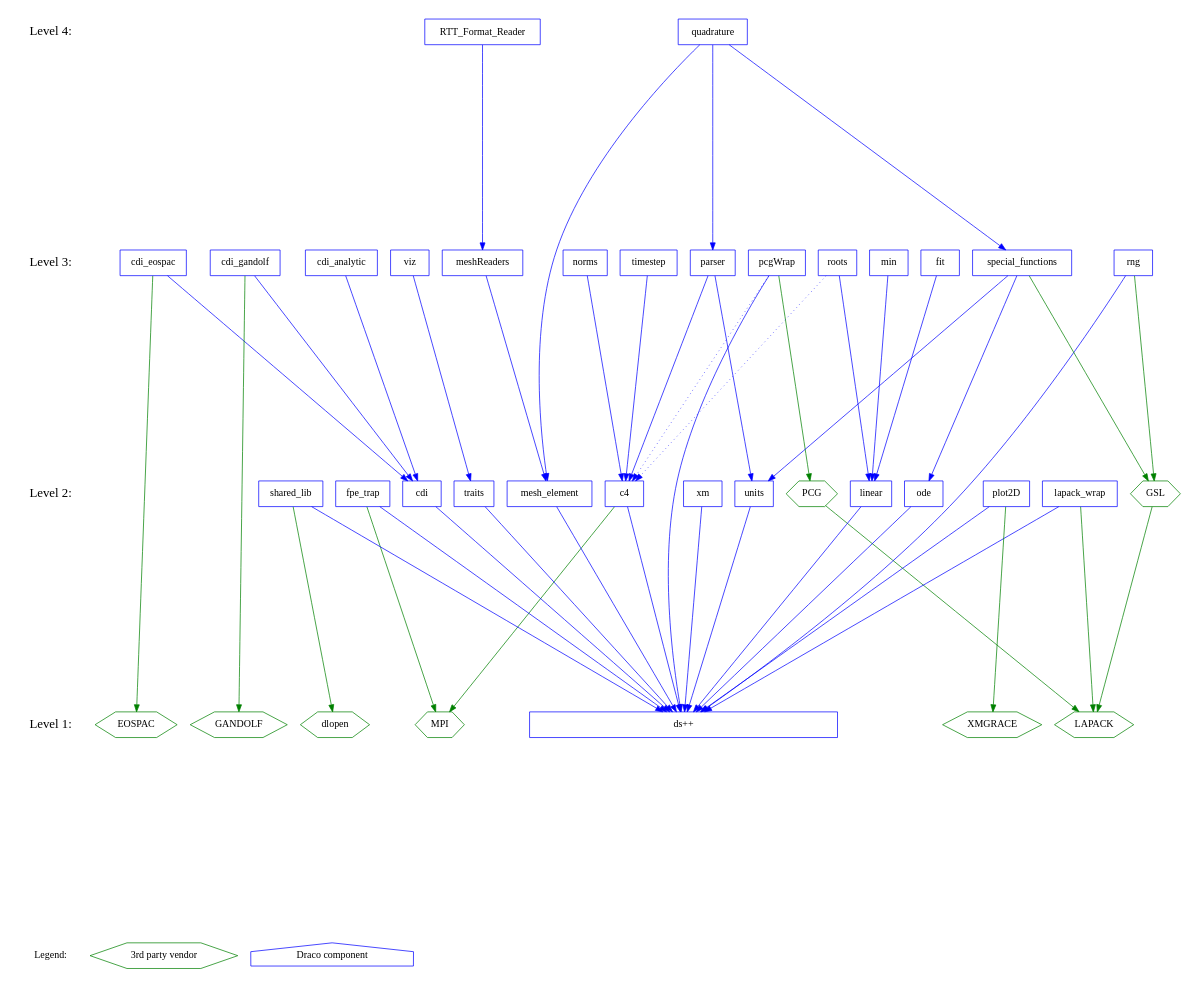
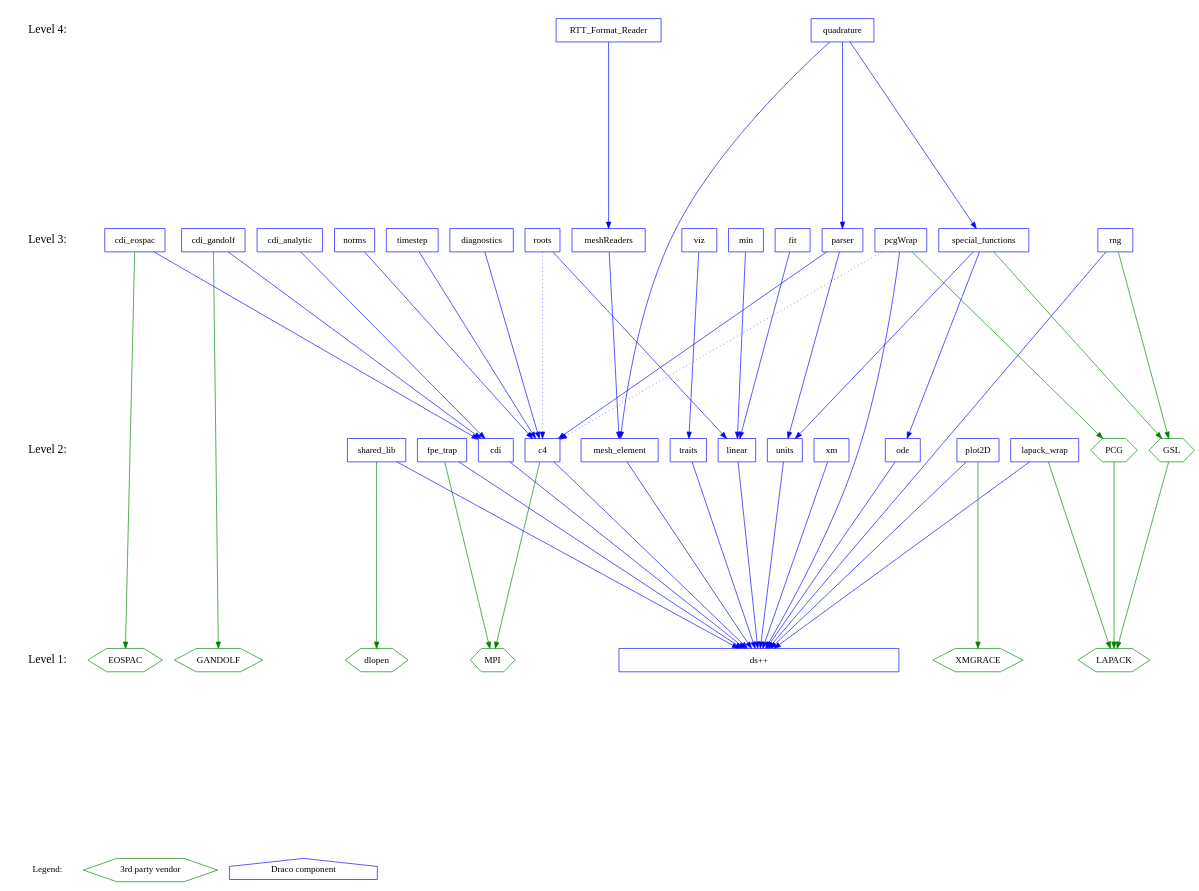
The diagram in doc/design/level.dot (losalamos/Draco), drawn with Graphviz before and after one commit. The commit also changed 20 other files, not shown here.

```diff
--- a/doc/design/level.dot
+++ b/doc/design/level.dot
@@ -1,134 +1,136 @@
 digraph draco_level {
     /* graph attributes */
     center=1;
     size="7.5,10";
     ranksep=4;
     
     /* levels */
     legend [shape=plaintext, label="Legend:", fontsize=14];
     level1 [shape=plaintext, label="Level 1:", fontsize=18];
     level2 [shape=plaintext, label="Level 2:", fontsize=18];
     level3 [shape=plaintext, label="Level 3:", fontsize=18];
     level4 [shape=plaintext, label="Level 4:", fontsize=18];
 /*     level5 [shape=plaintext, label="Level 5:", fontsize=18]; */
 /*    level6 [shape=plaintext, label="Level 6:", fontsize=18]; */
     
     /* level6 -> level5 -> */
     level4 -> level3 -> level2 -> level1 -> legend [style=invis];
     
     /* packages */
 
     /* legend */
     leg_vendor [shape=box, label="3rd party vendor", color=green, shape=hexagon];
     leg_draco  [shape=box, label="Draco component",  color=blue,  shape=house ];
 
     /* level 1 */
     vdlopen    [shape=hexagon, color=green, label="dlopen"];
     veospac    [shape=hexagon, color=green, label="EOSPAC"];
     vgandolf   [shape=hexagon, color=green, label="GANDOLF"];
     vgrace     [shape=hexagon, color=green, label="XMGRACE"];
     vlapack    [shape=hexagon, color=green, label="LAPACK"];
     vmpi       [shape=hexagon, color=green, label="MPI"];
         
     dsxx [shape=box, color=blue, label="ds++", width=6];
     
     /* level 2 */
     vgsl       [shape=hexagon, color=green, label="GSL"];
     vpcg       [shape=hexagon, color=green, label="PCG"];
 
     c4         [shape=box, color=blue, label="c4"];
     cdi        [shape=box, color=blue, label="cdi"];
     fpetrap    [shape=box, color=blue, label="fpe_trap"];
     lapack     [shape=box, color=blue, label="lapack_wrap"];
     linear     [shape=box, color=blue, label="linear"];
     meshelement [shape=box, color=blue, label="mesh_element"];
     ode        [shape=box, color=blue, label="ode"];
     plot       [shape=box, color=blue, label="plot2D"];
     rng        [shape=box, color=blue, label="rng"];
     shlib      [shape=box, color=blue, label="shared_lib"];
     traits     [shape=box, color=blue, label="traits"];
     units      [shape=box, color=blue, label="units"];
     xm         [shape=box, color=blue, label="xm"];
         
     /* level 3 */
     cdianal   [shape=box, color=blue, label="cdi_analytic"];
     cdieos    [shape=box, color=blue, label="cdi_eospac"];
     cdigan    [shape=box, color=blue, label="cdi_gandolf"];
+    diagnostics [shape=box, color=blue, label="diagnostics"];
     fit       [shape=box, color=blue, label="fit"];
     meshread  [shape=box, color=blue, label="meshReaders"];
     min       [shape=box, color=blue, label="min"];
     norms     [shape=box, color=blue, label="norms"];
     parser    [shape=box, color=blue, label="parser"];
     pcg       [shape=box, color=blue, label="pcgWrap"];
     roots     [shape=box, color=blue, label="roots"];
     sf        [shape=box, color=blue, label="special_functions"];
     timestep  [shape=box, color=blue, label="timestep"];
     viz       [shape=box, color=blue, label="viz"];
     
     /* level 4 */
     quad      [shape=box, color=blue, label="quadrature"];
     rttread   [shape=box, color=blue, label="RTT_Format_Reader"];
     
     /* dependencies */
     {rank=same; legend leg_vendor leg_draco};
     {rank=same; level1 dsxx vlapack vmpi veospac  vgandolf vgrace vdlopen};
     {rank=same; level2 shlib plot lapack traits xm c4 fpetrap units cdi vpcg ode linear};
     {rank=same; level3 viz timestep cdianal cdieos cdigan pcg meshread parser sf};
     {rank=same; level4 rttread quad};
     
     /* draco packages */
 
     /* NOTE:  hidden dependencies are in comments at the end of each line.
      * For example if a package depends on c4 it implicitly depends on dsxx
      * as well.  The dependency on dsxx is not shown explicitly on the
      * graph. 
     
     /* level 2 */
     c4          -> {dsxx}        [color=blue];
     c4          -> {vmpi}        [color=green];
     cdi         -> {dsxx}        [color=blue];
     fpetrap     -> {dsxx}        [color=blue];
     fpetrap     -> {vmpi}        [color=green];
     lapack      -> {dsxx}        [color=blue];
     lapack      -> {vlapack}     [color=green];
     linear      -> {dsxx}        [color=blue];
     meshelement -> {dsxx}        [color=blue];
     ode         -> {dsxx}        [color=blue];
     plot        -> {dsxx}        [color=blue];
     plot        -> {vgrace}      [color=green];
     rng         -> {dsxx}        [color=blue];
     rng         -> {vgsl}        [color=green];
     shlib       -> {dsxx}        [color=blue];
     shlib       -> {vdlopen}     [color=green];
     traits      -> {dsxx}        [color=blue];
     units       -> {dsxx}        [color=blue];
     vgsl        -> {vlapack}     [color=green];
     vpcg        -> {vlapack}     [color=green];
     xm          -> {dsxx}        [color=blue];
     
     /* level 3 */
     cdianal     -> {cdi}         [color=blue];
     cdieos      -> {cdi}         [color=blue];
     cdieos      -> {veospac}     [color=green]; 
     cdigan      -> {cdi}         [color=blue]; 
     cdigan      -> {vgandolf}    [color=green];
+    diagnostics -> {c4}          [color=blue];
     fit         -> {linear}      [color=blue];
     meshread    -> {meshelement} [color=blue];
     min         -> {linear}      [color=blue];
     norms       -> {c4}          [color=blue];
     parser      -> {c4 units}    [color=blue];
     pcg         -> {c4}          [color=blue style=dotted];
     pcg         -> {dsxx}        [color=blue];
     pcg         -> {vpcg}        [color=green];
     roots       -> {linear}      [color=blue];
     roots       -> {c4}          [color=blue, style=dotted];
     sf          -> {units ode}   [color=blue];
     sf          -> {vgsl}        [color=green];
     timestep    -> {c4}          [color=blue];
     viz         -> {traits}      [color=blue];
 
     /* level 4 */
     quad        -> {sf meshelement parser} [color=blue];
     rttread     -> {meshread}              [color=blue];
 
 }
```
